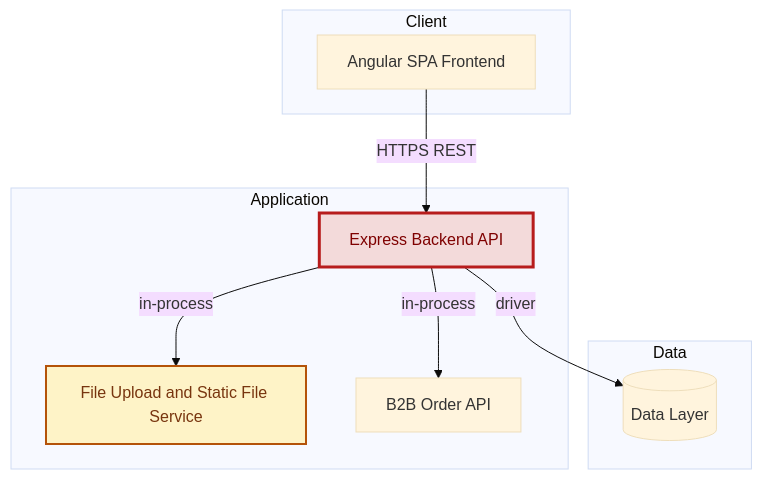
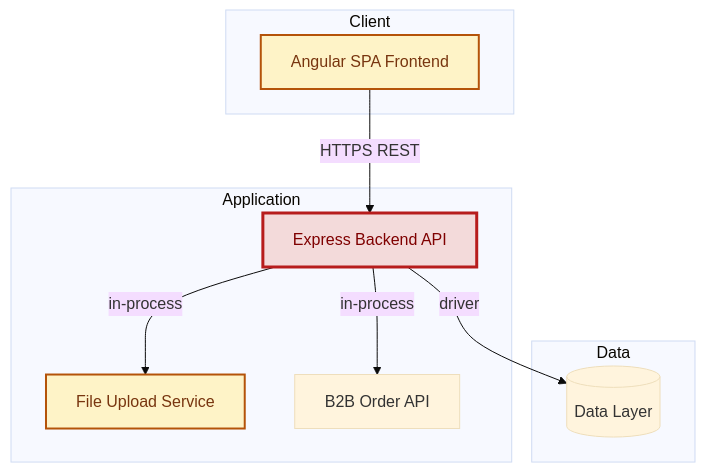
The fifth of 18 diagrams in examples/threat-modeler/threat-model-juice-shop-standard.md (appsec-foundry/appsec-advisor), drawn with Mermaid (base theme) before and after one commit. The commit also changed other lines of this file and 44 other files, not shown here.

````diff
--- a/examples/threat-modeler/threat-model-juice-shop-standard.md
+++ b/examples/threat-modeler/threat-model-juice-shop-standard.md
@@ -388,22 +382,23 @@
 ```mermaid
 flowchart TB
     subgraph Client
         angular_spa["Angular SPA Frontend"]
     end
     subgraph Application
         express_backend["Express Backend API"]
-        file_upload_service["File Upload and Static File Service"]
+        file_upload_service["File Upload Service"]
         b2b_api["B2B Order API"]
     end
     subgraph Data
         data_layer[("Data Layer")]
     end
     angular_spa -->|HTTPS REST| express_backend
     express_backend -->|driver| data_layer
     express_backend -->|in-process| file_upload_service
     express_backend -->|in-process| b2b_api
     classDef critical fill:#f3dada,stroke:#b71c1c,color:#7f0000,stroke-width:3px
     classDef warning  fill:#fef3c7,stroke:#b45309,color:#78350f,stroke-width:2px
     class express_backend critical
+    class angular_spa warning
     class file_upload_service warning
 ```
````
